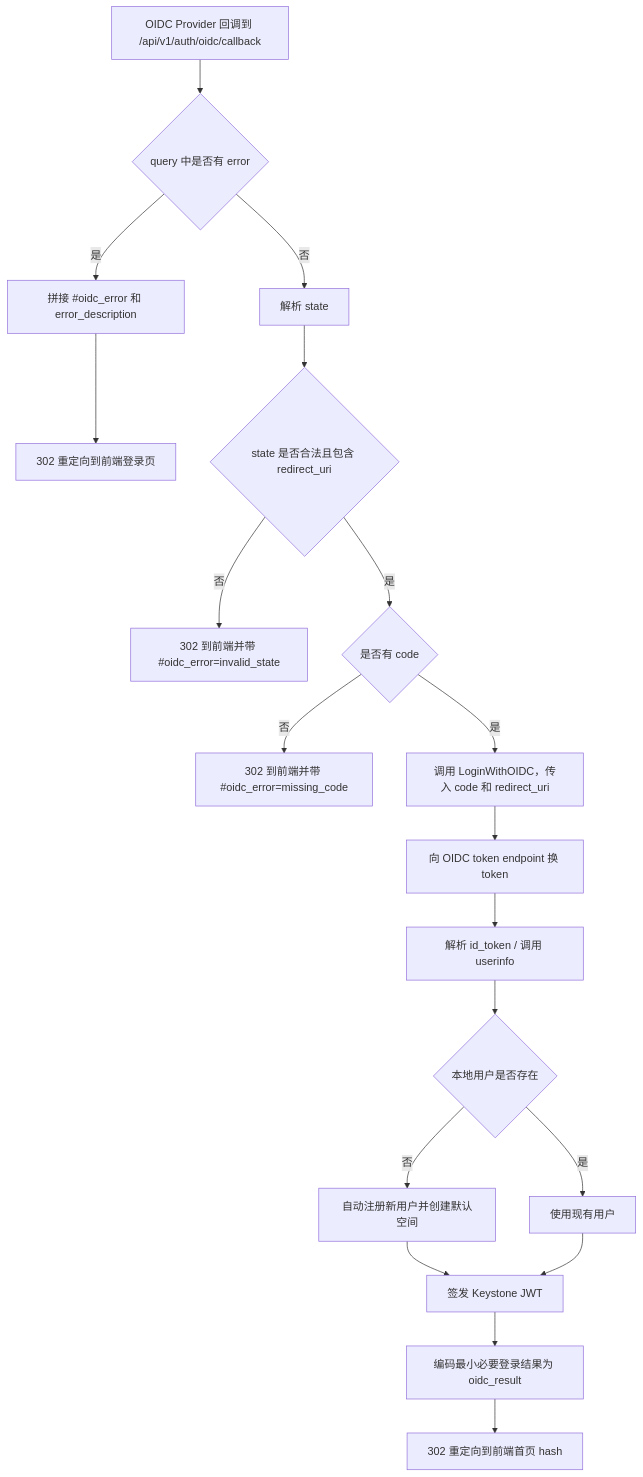
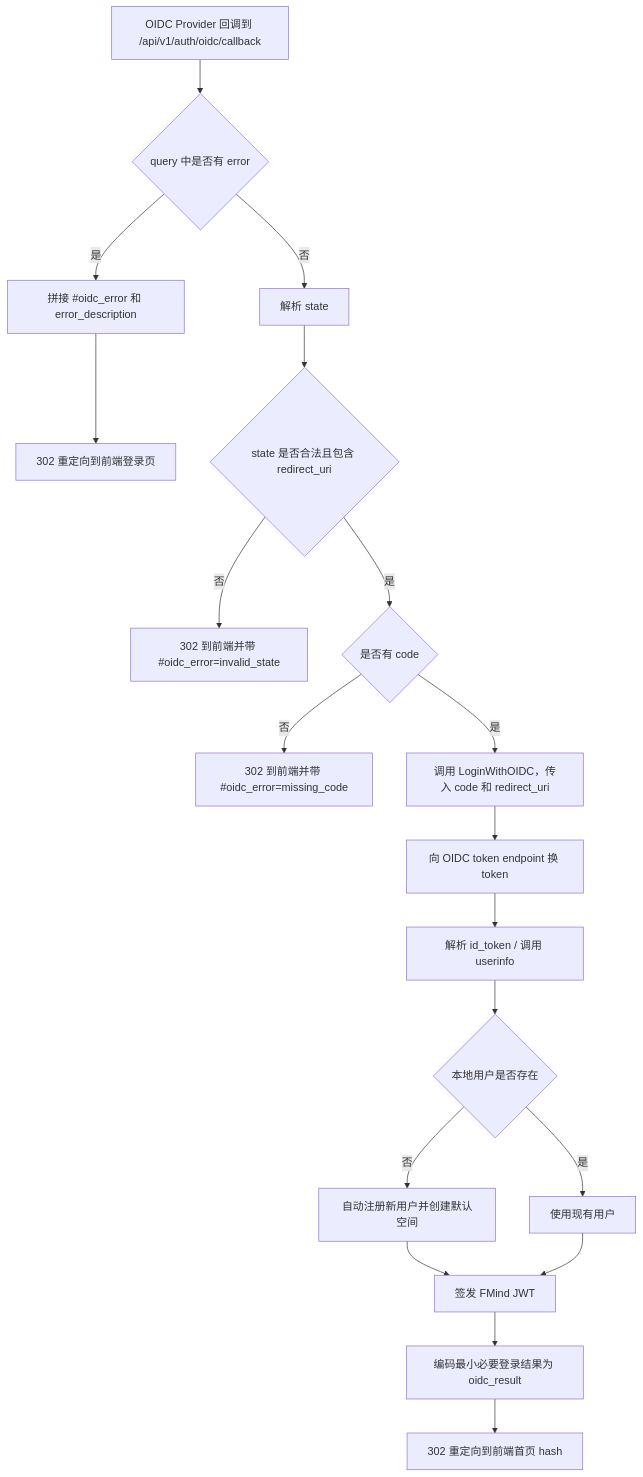
One commit to justaboyhai-wq/FTMind changed the second of 2 diagrams in docs/OIDC认证调用流程.md. Above: the diagram before and after it, drawn with Mermaid. The commit also changed other lines of this file and 1359 other files, not shown here.

First line of the commit message:
rebrand: rename Keystone to FMind across the project

````diff
--- a/docs/OIDC认证调用流程.md
+++ b/docs/OIDC认证调用流程.md
@@ -104,24 +104,24 @@
 ```mermaid
 flowchart TD
     A[OIDC Provider 回调到 /api/v1/auth/oidc/callback] --> B{query 中是否有 error}
     B -- 是 --> C[拼接 #oidc_error 和 error_description]
     C --> D[302 重定向到前端登录页]
 
     B -- 否 --> E[解析 state]
     E --> F{state 是否合法且包含 redirect_uri}
     F -- 否 --> G[302 到前端并带 #oidc_error=invalid_state]
 
     F -- 是 --> H{是否有 code}
     H -- 否 --> I[302 到前端并带 #oidc_error=missing_code]
 
     H -- 是 --> J[调用 LoginWithOIDC，传入 code 和 redirect_uri]
     J --> K[向 OIDC token endpoint 换 token]
     K --> L[解析 id_token / 调用 userinfo]
     L --> M{本地用户是否存在}
     M -- 否 --> N[自动注册新用户并创建默认空间]
     M -- 是 --> O[使用现有用户]
-    N --> P[签发 Keystone JWT]
+    N --> P[签发 FMind JWT]
     O --> P
     P --> Q[编码最小必要登录结果为 oidc_result]
     Q --> R[302 重定向到前端首页 hash]
 ```
````
